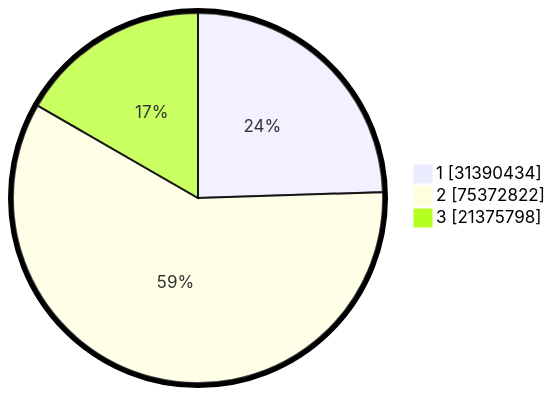
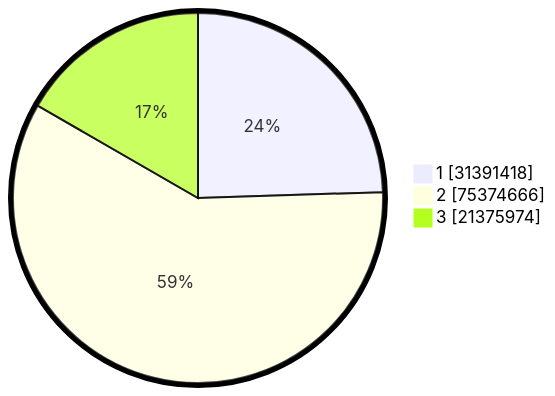
The second of 2 diagrams in pilpres/hitung-suara/README.md (gigit-pemilu/pemilu-2024), drawn with Mermaid before and after one commit. The commit also changed other lines of this file and 7 other files, not shown here.

````diff
--- a/pilpres/hitung-suara/README.md
+++ b/pilpres/hitung-suara/README.md
@@ -93,7 +93,7 @@
 ```mermaid
 %%{init: {"pie": {"textPosition": 0.5}, "themeVariables": {"pieOuterStrokeWidth": "5px"}} }%%
 pie showData
-    "1" : 31390434
-    "2" : 75372822
-    "3" : 21375798
+    "1" : 31391418
+    "2" : 75374666
+    "3" : 21375974
 ```
````
